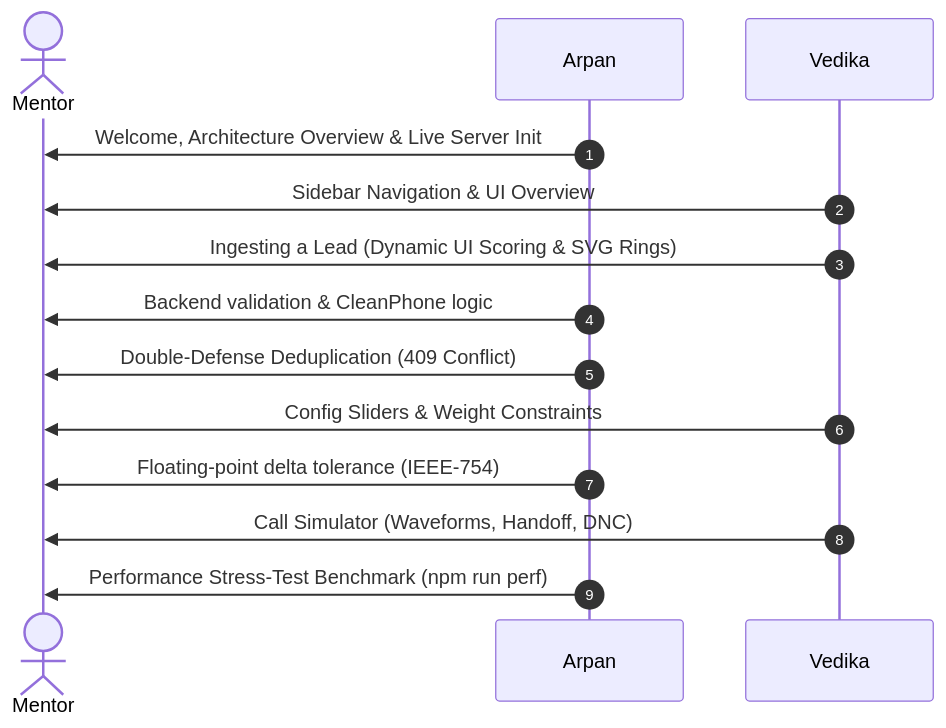
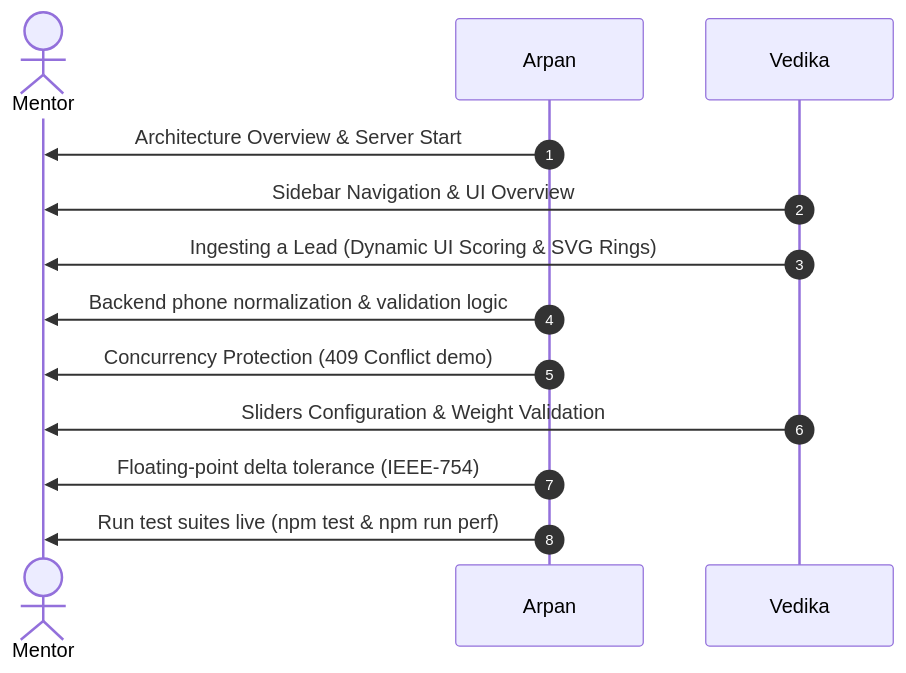
One commit to arpansingha7/LEADX changed the diagram in docs/module1_documentation.md. Above: the diagram before and after it, drawn with Mermaid. The commit also changed other lines of this file and 2 other files, not shown here.

````diff
--- a/docs/module1_documentation.md
+++ b/docs/module1_documentation.md
@@ -105,14 +87,13 @@
 ```mermaid
 sequenceDiagram
     autonumber
     actor Mentor
-    Arpan->>Mentor: Welcome, Architecture Overview & Live Server Init
+    Arpan->>Mentor: Architecture Overview & Server Start
     Vedika->>Mentor: Sidebar Navigation & UI Overview
     Vedika->>Mentor: Ingesting a Lead (Dynamic UI Scoring & SVG Rings)
-    Arpan->>Mentor: Backend validation & CleanPhone logic
-    Arpan->>Mentor: Double-Defense Deduplication (409 Conflict)
-    Vedika->>Mentor: Config Sliders & Weight Constraints
+    Arpan->>Mentor: Backend phone normalization & validation logic
+    Arpan->>Mentor: Concurrency Protection (409 Conflict demo)
+    Vedika->>Mentor: Sliders Configuration & Weight Validation
     Arpan->>Mentor: Floating-point delta tolerance (IEEE-754)
-    Vedika->>Mentor: Call Simulator (Waveforms, Handoff, DNC)
-    Arpan->>Mentor: Performance Stress-Test Benchmark (npm run perf)
+    Arpan->>Mentor: Run test suites live (npm test & npm run perf)
 ```
````
